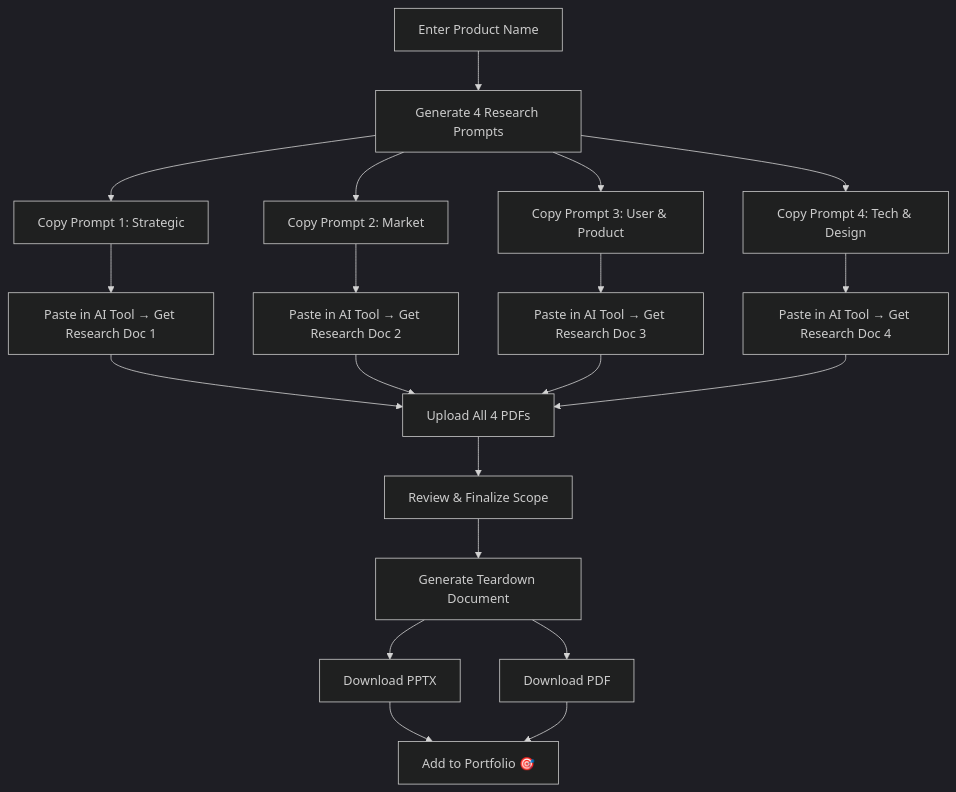
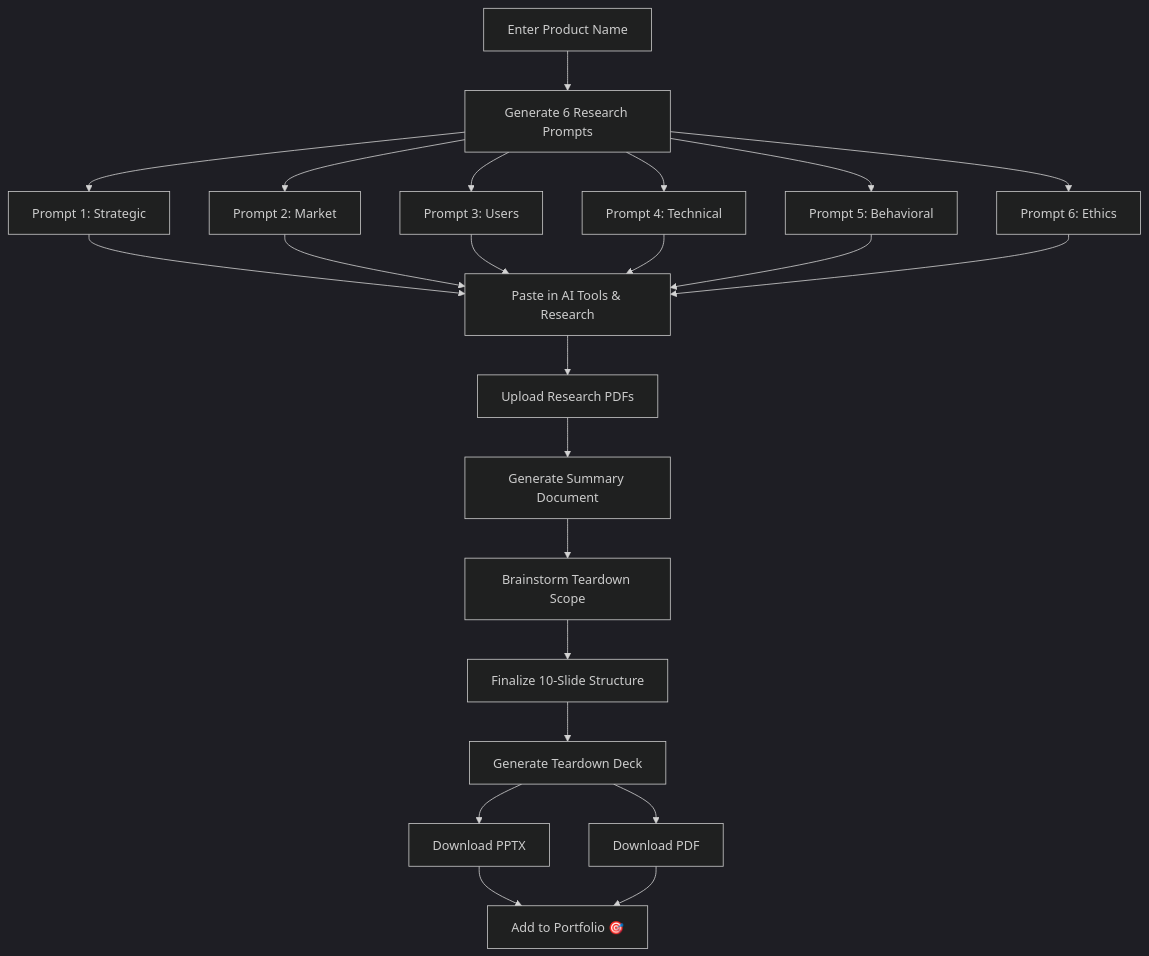
One commit to Pankaj-Shrivastava/product-discovery-and-teardown changed the diagram in docs/PROJECT_PLAN.md. Above: the diagram before and after it, drawn with Mermaid (dark theme). The commit also changed other lines of this file and 9 other files, not shown here.

Commit message:
feat: add complete project foundation - CONTEXT.md, updated PROJECT_PLAN v2 with all 18 lenses across 6 pillars, and 8 skills (6 prompt generation + 2 teardown production)

````diff
--- a/docs/PROJECT_PLAN.md
+++ b/docs/PROJECT_PLAN.md
@@ -186,22 +274,25 @@
 ```mermaid
 graph TD
-    A["Enter Product Name"] --> B["Generate 4 Research Prompts"]
-    B --> C1["Copy Prompt 1: Strategic"]
-    B --> C2["Copy Prompt 2: Market"]
-    B --> C3["Copy Prompt 3: User & Product"]
-    B --> C4["Copy Prompt 4: Tech & Design"]
-    C1 --> D1["Paste in AI Tool → Get Research Doc 1"]
-    C2 --> D2["Paste in AI Tool → Get Research Doc 2"]
-    C3 --> D3["Paste in AI Tool → Get Research Doc 3"]
-    C4 --> D4["Paste in AI Tool → Get Research Doc 4"]
-    D1 --> E["Upload All 4 PDFs"]
-    D2 --> E
-    D3 --> E
-    D4 --> E
-    E --> F["Review & Finalize Scope"]
-    F --> G["Generate Teardown Document"]
-    G --> H1["Download PPTX"]
-    G --> H2["Download PDF"]
-    H1 --> I["Add to Portfolio 🎯"]
-    H2 --> I
+    A["Enter Product Name"] --> B["Generate 6 Research Prompts"]
+    B --> C1["Prompt 1: Strategic"]
+    B --> C2["Prompt 2: Market"]
+    B --> C3["Prompt 3: Users"]
+    B --> C4["Prompt 4: Technical"]
+    B --> C5["Prompt 5: Behavioral"]
+    B --> C6["Prompt 6: Ethics"]
+    C1 --> D["Paste in AI Tools & Research"]
+    C2 --> D
+    C3 --> D
+    C4 --> D
+    C5 --> D
+    C6 --> D
+    D --> E["Upload Research PDFs"]
+    E --> F["Generate Summary Document"]
+    F --> G["Brainstorm Teardown Scope"]
+    G --> H["Finalize 10-Slide Structure"]
+    H --> I["Generate Teardown Deck"]
+    I --> J1["Download PPTX"]
+    I --> J2["Download PDF"]
+    J1 --> K["Add to Portfolio 🎯"]
+    J2 --> K
 ```
````
